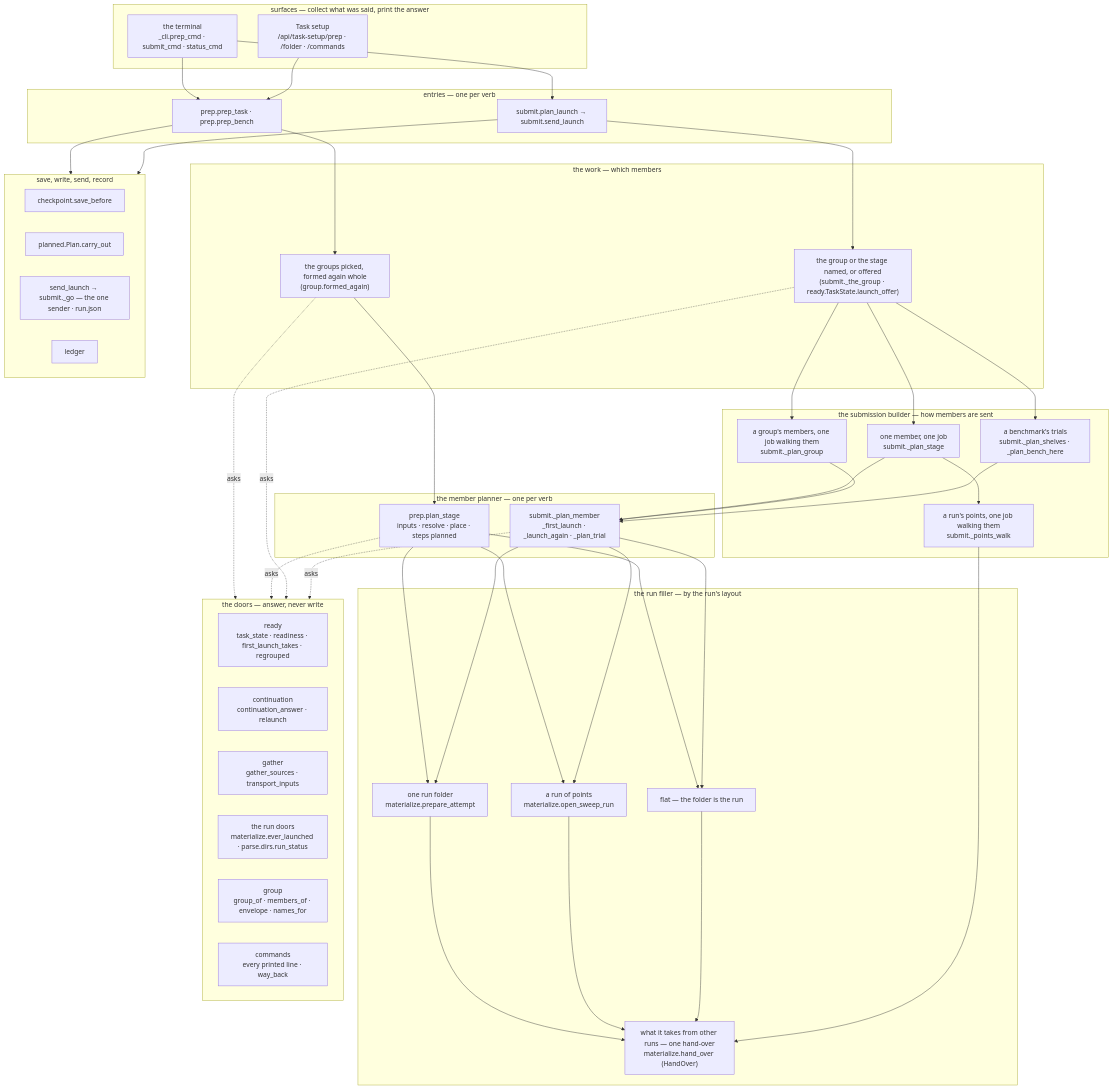
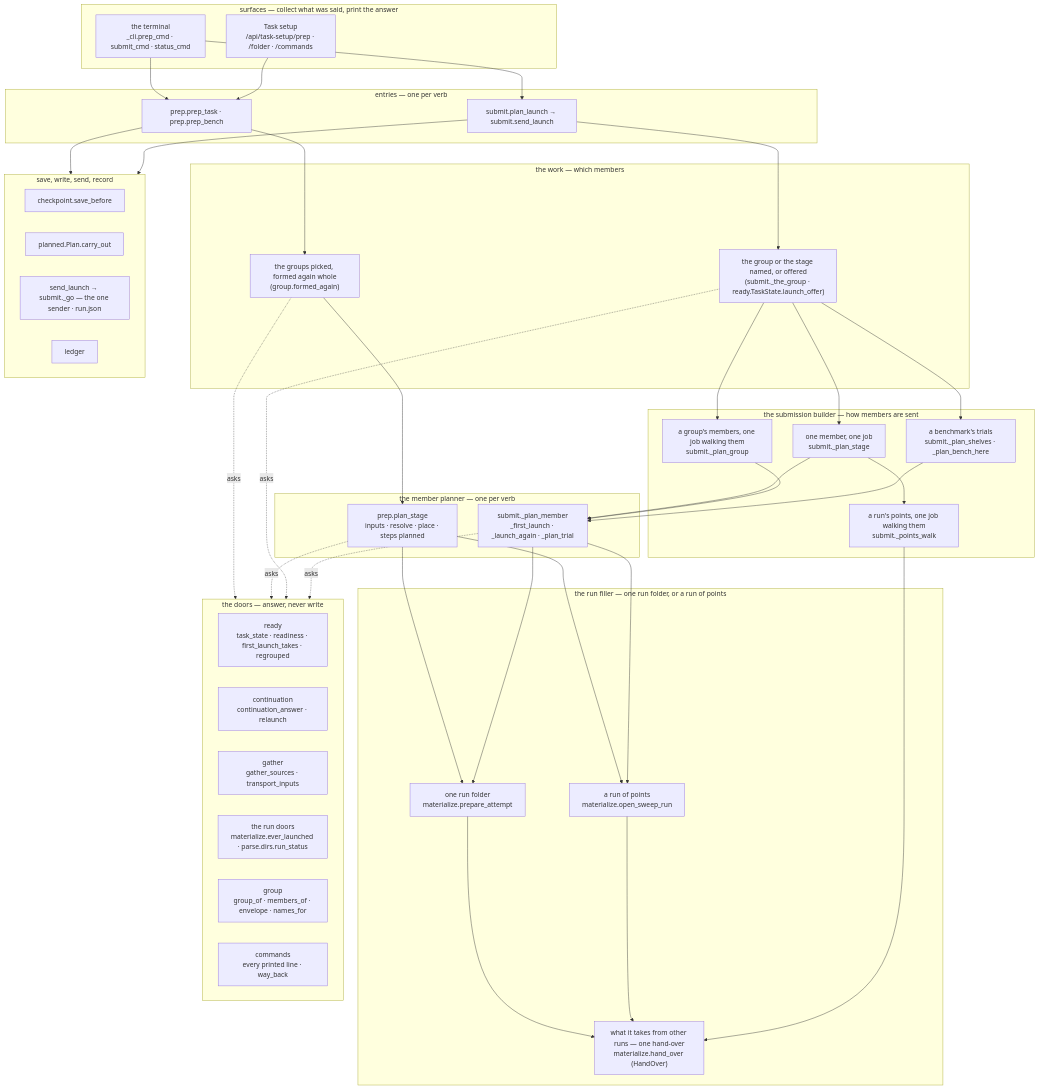
Before and after one commit to Qing-LAB/molbuilder: diagram 17 of 19 in docs/execution/job-system.md, drawn with Mermaid. The commit also changed other lines of this file and 193 other files, not shown here.

````diff
--- a/docs/execution/job-system.md
+++ b/docs/execution/job-system.md
@@ -3348,59 +3279,58 @@
 ```mermaid
 flowchart TB
     subgraph S["surfaces — collect what was said, print the answer"]
         CLI["the terminal<br/>_cli.prep_cmd · submit_cmd · status_cmd"]
         WEB["Task setup<br/>/api/task-setup/prep · /folder · /commands"]
     end
     subgraph E["entries — one per verb"]
         PE["prep.prep_task · prep.prep_bench"]
         LE["submit.plan_launch → submit.send_launch"]
     end
     subgraph W["the work — which members"]
         PW["the groups picked, formed again whole<br/>(group.formed_again)"]
         LW["the group or the stage named, or offered<br/>(submit._the_group · ready.TaskState.launch_offer)"]
     end
     subgraph M["the member planner — one per verb"]
         PM["prep.plan_stage<br/>inputs · resolve · place · steps planned"]
         LM["submit._plan_member<br/>_first_launch · _launch_again · _plan_trial"]
     end
-    subgraph F["the run filler — by the run's layout"]
+    subgraph F["the run filler — one run folder, or a run of points"]
         F1["one run folder<br/>materialize.prepare_attempt"]
         F2["a run of points<br/>materialize.open_sweep_run"]
-        F0["flat — the folder is the run"]
         F3["what it takes from other runs — one hand-over<br/>materialize.hand_over (HandOver)"]
     end
     subgraph B["the submission builder — how members are sent"]
         B1["one member, one job<br/>submit._plan_stage"]
         B2["a group's members, one job walking them<br/>submit._plan_group"]
         B3["a run's points, one job walking them<br/>submit._points_walk"]
         B4["a benchmark's trials<br/>submit._plan_shelves · _plan_bench_here"]
     end
     subgraph X["save, write, send, record"]
         SV["checkpoint.save_before"]
         PL["planned.Plan.carry_out"]
         GO["send_launch → submit._go — the one sender · run.json"]
         LG["ledger"]
     end
     subgraph D["the doors — answer, never write"]
         RD["ready<br/>task_state · readiness · first_launch_takes · regrouped"]
         CD["continuation<br/>continuation_answer · relaunch"]
         GD["gather<br/>gather_sources · transport_inputs"]
         RU["the run doors<br/>materialize.ever_launched · parse.dirs.run_status"]
         GR["group<br/>group_of · members_of · envelope · names_for"]
         CM["commands<br/>every printed line · way_back"]
     end
     CLI --> PE & LE
     WEB --> PE
-    PE --> PW --> PM --> F1 & F2 & F0
+    PE --> PW --> PM --> F1 & F2
     LE --> LW --> B1 & B2 & B4
-    B1 & B2 & B4 --> LM --> F1 & F2 & F0
-    F1 & F2 & F0 --> F3
+    B1 & B2 & B4 --> LM --> F1 & F2
+    F1 & F2 --> F3
     B1 --> B3
     B3 --> F3
     PE --> X
     LE --> X
     PW -.asks.-> D
     PM -.asks.-> D
     LW -.asks.-> D
     LM -.asks.-> D
 ```
````
